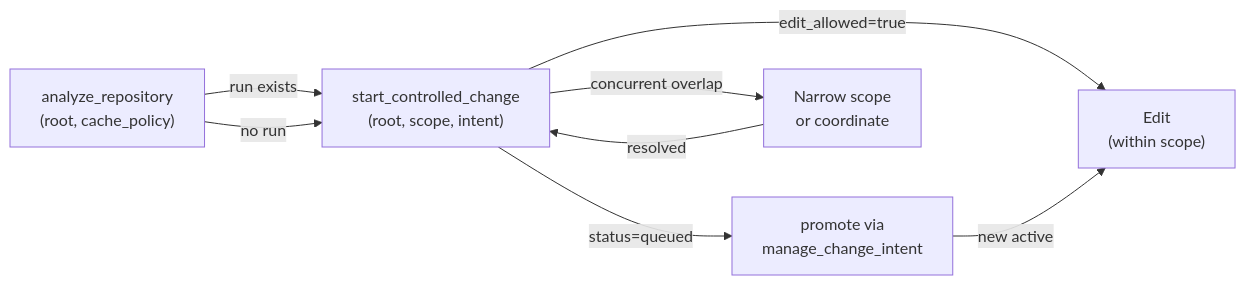
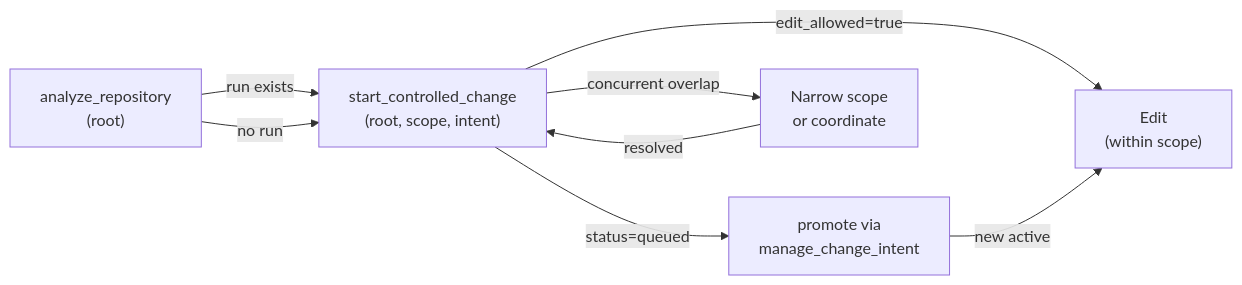
Before and after one commit to orenlab/codeclone: the first of 2 diagrams in docs/internal/agent-guides/change-rules.md, drawn with Mermaid. The commit also changed 25 other files, not shown here.

````diff
--- a/docs/internal/agent-guides/change-rules.md
+++ b/docs/internal/agent-guides/change-rules.md
@@ -30,10 +30,10 @@
 ```mermaid
 graph LR
-    A["analyze_repository<br/>(root, cache_policy)"] -->|run exists| B["start_controlled_change<br/>(root, scope, intent)"]
+    A["analyze_repository<br/>(root)"] -->|run exists| B["start_controlled_change<br/>(root, scope, intent)"]
     A -->|no run| B
     B -->|edit_allowed=true| C["Edit<br/>(within scope)"]
     B -->|status=queued| D["promote via<br/>manage_change_intent"]
     B -->|concurrent overlap| E["Narrow scope<br/>or coordinate"]
     D -->|new active| C
     E -->|resolved| B
 ```
````
